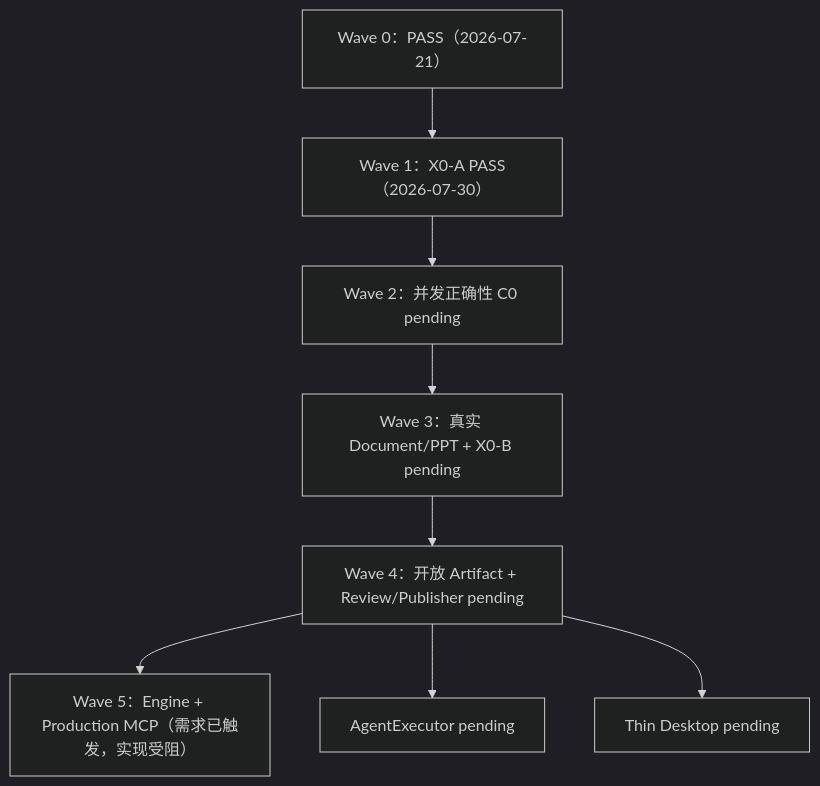
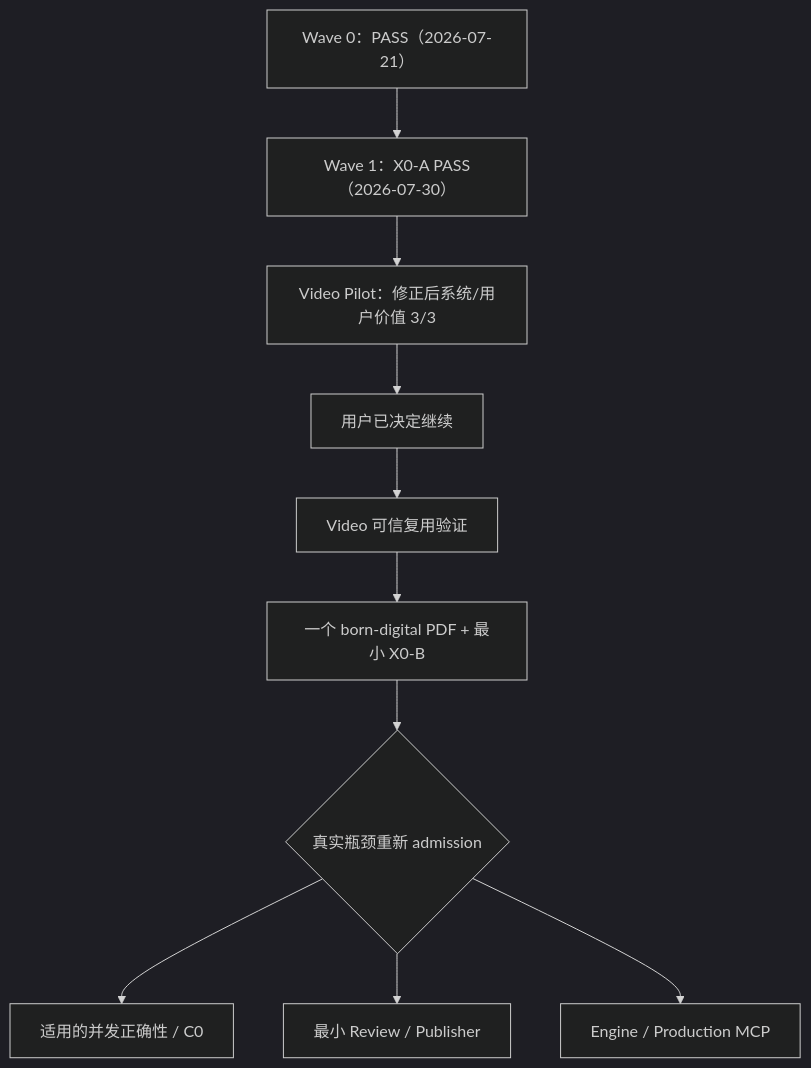
Before and after one commit to xrunmasterx/AllToNote: the diagram in docs/tasks/alltonote-master-tasks.md, drawn with Mermaid (dark theme). The commit also changed other lines of this file and 8 other files, not shown here.

Commit message:
docs(video): close three-sample dogfood pilot

````diff
--- a/docs/tasks/alltonote-master-tasks.md
+++ b/docs/tasks/alltonote-master-tasks.md
@@ -709,10 +740,12 @@
 ```mermaid
 flowchart TD
     W0["Wave 0：PASS（2026-07-21）"] --> X0A["Wave 1：X0-A PASS（2026-07-30）"]
-    X0A --> C0["Wave 2：并发正确性 C0 pending"]
-    C0 --> DX0B["Wave 3：真实 Document/PPT + X0-B pending"]
-    DX0B --> ARP["Wave 4：开放 Artifact + Review/Publisher pending"]
-    ARP --> EN["Wave 5：Engine + Production MCP（需求已触发，实现受阻）"]
-    ARP --> AX["AgentExecutor pending"]
-    ARP --> TD["Thin Desktop pending"]
+    X0A --> VD["Video Pilot：修正后系统/用户价值 3/3"]
+    VD --> DEC["用户已决定继续"]
+    DEC --> VR["Video 可信复用验证"]
+    VR --> PDF["一个 born-digital PDF + 最小 X0-B"]
+    PDF --> ADMIT{"真实瓶颈重新 admission"}
+    ADMIT --> C0["适用的并发正确性 / C0"]
+    ADMIT --> ARP["最小 Review / Publisher"]
+    ADMIT --> EN["Engine / Production MCP"]
 ```
````
